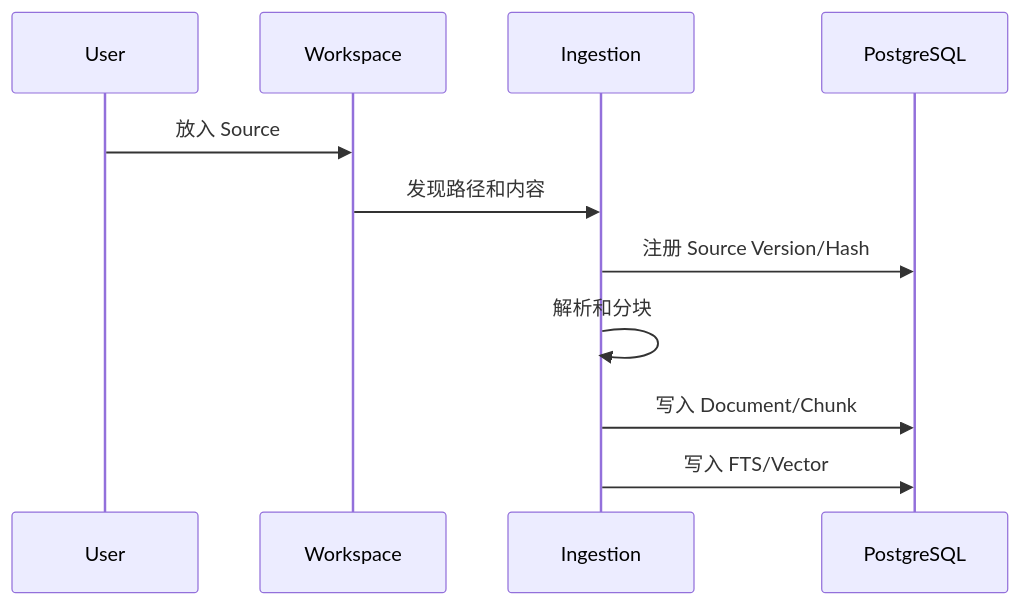
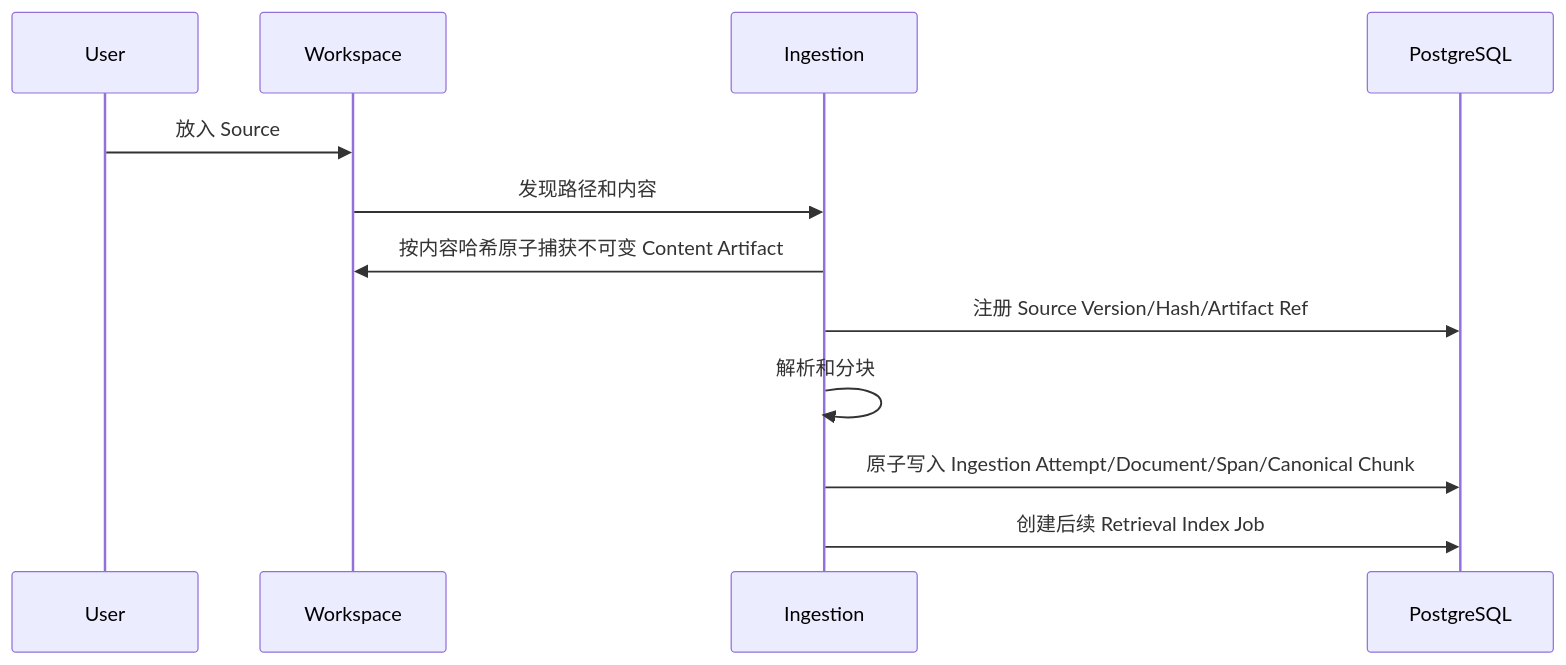
The second of 3 diagrams in docs/architecture/data-architecture.md (CodeZen-Lizhi/zhixu), drawn with Mermaid before and after one commit. The commit also changed other lines of this file and 13 other files, not shown here.

````diff
--- a/docs/architecture/data-architecture.md
+++ b/docs/architecture/data-architecture.md
@@ -113,13 +114,14 @@
 ```mermaid
 sequenceDiagram
     participant U as User
     participant W as Workspace
     participant I as Ingestion
     participant DB as PostgreSQL
     U->>W: 放入 Source
     W->>I: 发现路径和内容
-    I->>DB: 注册 Source Version/Hash
+    I->>W: 按内容哈希原子捕获不可变 Content Artifact
+    I->>DB: 注册 Source Version/Hash/Artifact Ref
     I->>I: 解析和分块
-    I->>DB: 写入 Document/Chunk
-    I->>DB: 写入 FTS/Vector
+    I->>DB: 原子写入 Ingestion Attempt/Document/Span/Canonical Chunk
+    I->>DB: 创建后续 Retrieval Index Job
 ```
````
